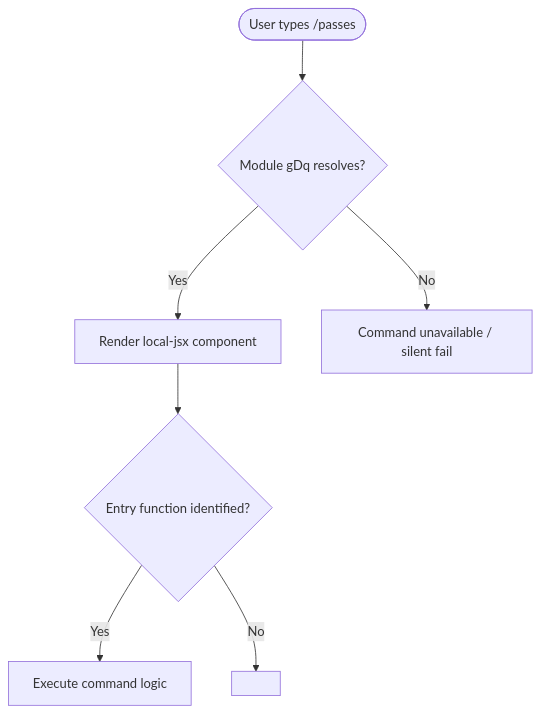
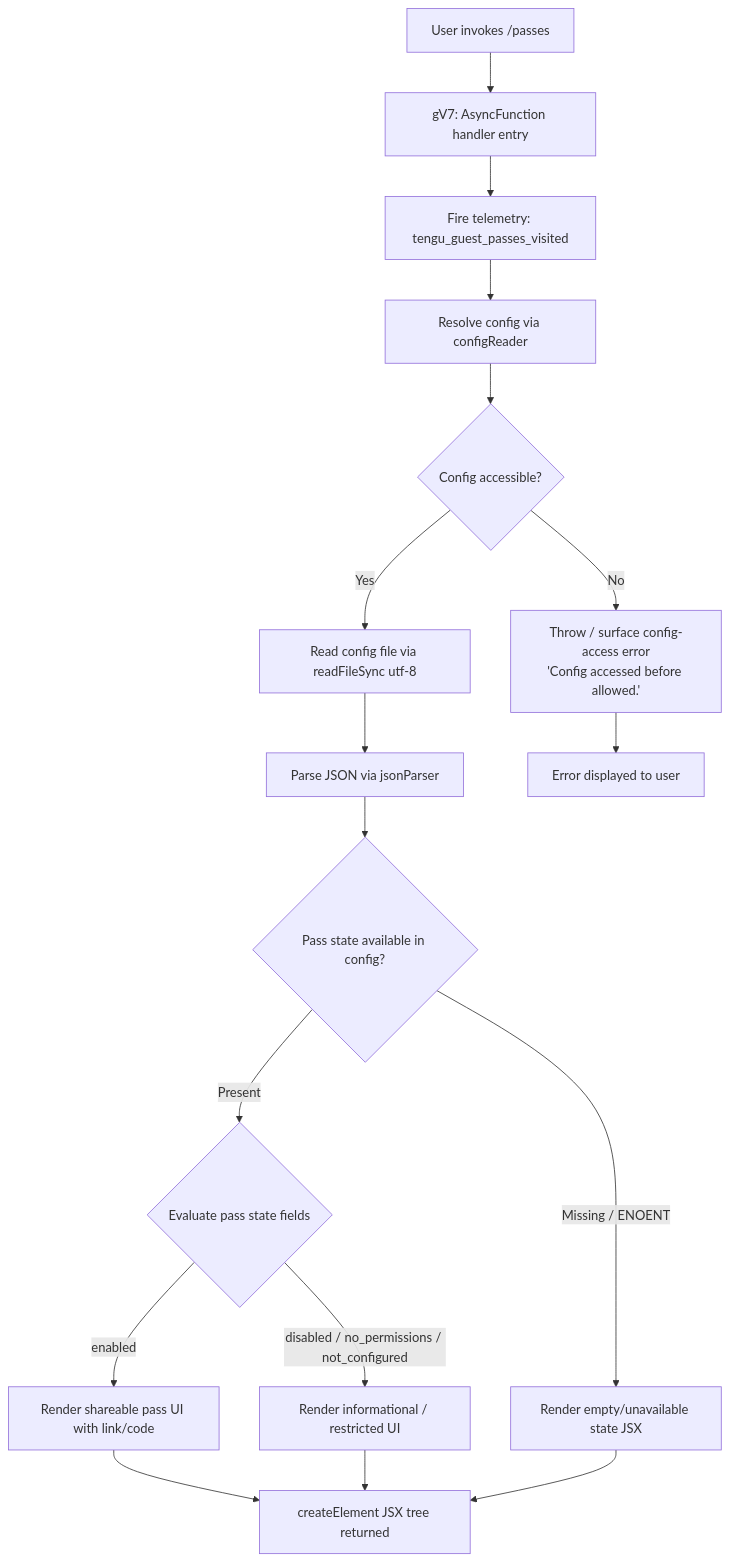
One commit to MyLittleLuckyDog/cc-gnothi changed the diagram in versions/v2.1.142/passes.md. Above: the diagram before and after it, drawn with Mermaid. The commit also changed other lines of this file and 483 other files, not shown here.

````diff
--- a/versions/v2.1.142/passes.md
+++ b/versions/v2.1.142/passes.md
@@ -47,9 +55,19 @@
 ```mermaid
 flowchart TD
-    A([User types /passes]) --> B{Module gDq resolves?}
-    B -- Yes --> C[Render local-jsx component]
-    B -- No --> D[Command unavailable / silent fail]
-    C --> E{Entry function identified?}
-    E -- Yes --> F[Execute command logic]
-    E -- No --> G[<!-- TODO: not found in depth-2 traversal; needs --depth 4 -->]
+    A[User invokes /passes] --> B[gV7: AsyncFunction handler entry]
+    B --> C[Fire telemetry: tengu_guest_passes_visited]
+    C --> D[Resolve config via configReader]
+    D --> E{Config accessible?}
+    E -- No --> F[Throw / surface config-access error\n'Config accessed before allowed.']
+    E -- Yes --> G[Read config file via readFileSync utf-8]
+    G --> H[Parse JSON via jsonParser]
+    H --> I{Pass state available in config?}
+    I -- Missing / ENOENT --> J[Render empty/unavailable state JSX]
+    I -- Present --> K{Evaluate pass state fields}
+    K -- enabled --> L[Render shareable pass UI with link/code]
+    K -- disabled / no_permissions / not_configured --> M[Render informational / restricted UI]
+    L --> N[createElement JSX tree returned]
+    M --> N
+    J --> N
+    F --> O[Error displayed to user]
 ```
````
